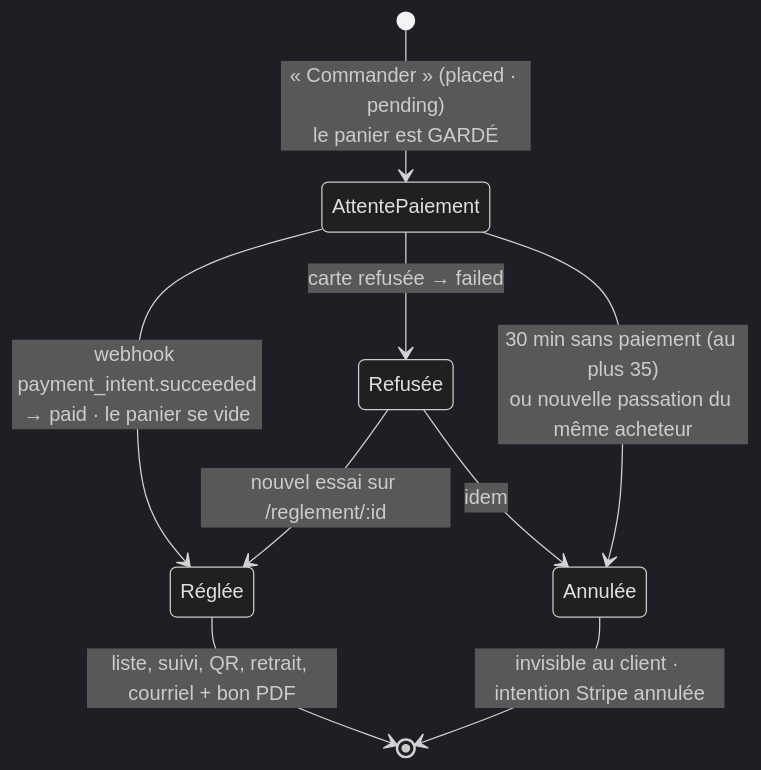
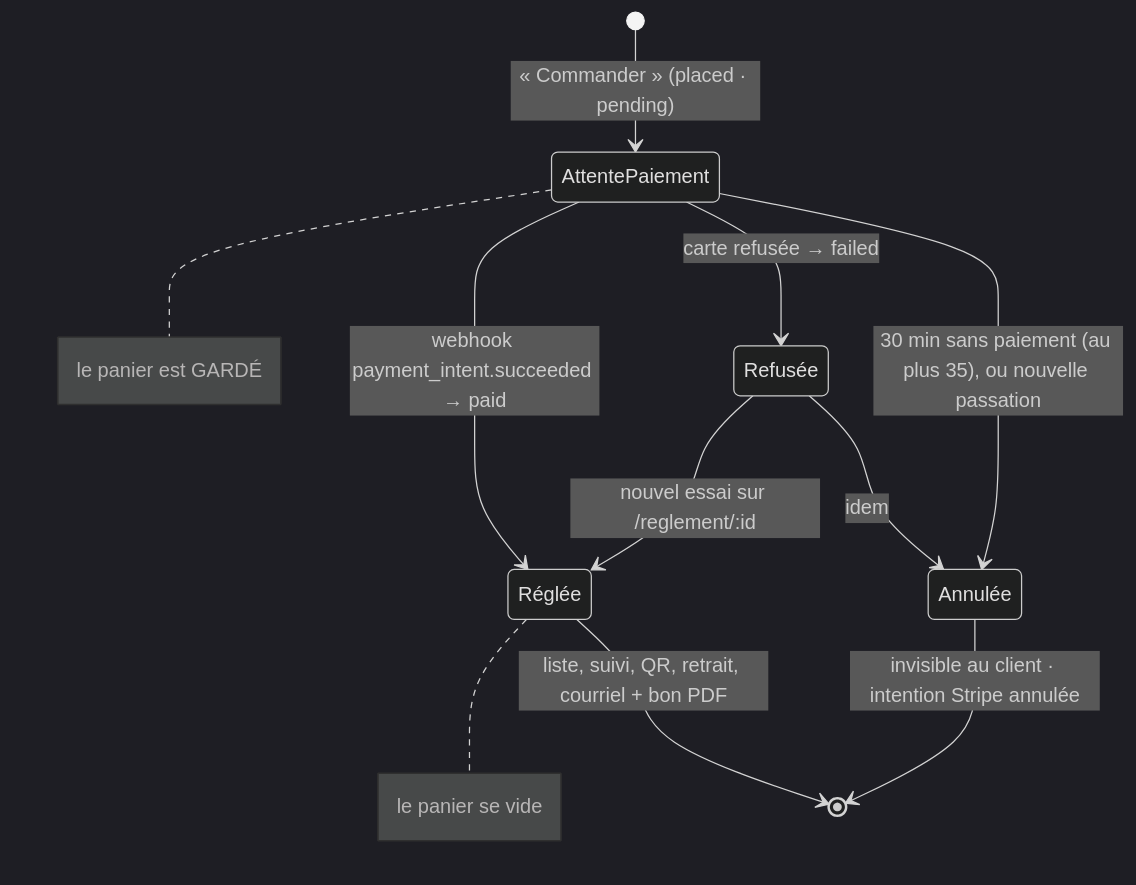
The diagram in documentation/order/commande-carte-reglee.md (hugoheynard/lfd), drawn with Mermaid (dark theme) before and after one commit. The commit also changed 2 other files, not shown here.

Commit message:
fix(portes): trois refus du pre-push — un type d'API hors contrat, une référence morte, des <br/> dans un diagramme d'états
- « Signaler un problème » typait sa réponse à la main ({ id }) : elle lit
  désormais `CreatedIdResponse`, la forme que le serveur rend.
- Le plan « remise et livraison par clientèle » citait la spec des onglets
  de Réglages, retirée avec la page le 2026-10-10.
- Le diagramme d'états de « commande carte réglée » portait des <br/>, que
  WebStorm et GitHub affichent tels quels : l'information passe en notes.

````diff
--- a/documentation/order/commande-carte-reglee.md
+++ b/documentation/order/commande-carte-reglee.md
@@ -23,11 +23,17 @@
 ```mermaid
 stateDiagram-v2
-    [*] --> AttentePaiement: « Commander » (placed · pending)<br/>le panier est GARDÉ
-    AttentePaiement --> Réglée: webhook payment_intent.succeeded<br/>→ paid · le panier se vide
+    [*] --> AttentePaiement: « Commander » (placed · pending)
+    note right of AttentePaiement
+        le panier est GARDÉ
+    end note
+    AttentePaiement --> Réglée: webhook payment_intent.succeeded → paid
+    note right of Réglée
+        le panier se vide
+    end note
     AttentePaiement --> Refusée: carte refusée → failed
     Refusée --> Réglée: nouvel essai sur /reglement/:id
-    AttentePaiement --> Annulée: 30 min sans paiement (au plus 35)<br/>ou nouvelle passation du même acheteur
+    AttentePaiement --> Annulée: 30 min sans paiement (au plus 35), ou nouvelle passation
     Refusée --> Annulée: idem
     Réglée --> [*]: liste, suivi, QR, retrait, courriel + bon PDF
     Annulée --> [*]: invisible au client · intention Stripe annulée
 ```
````
